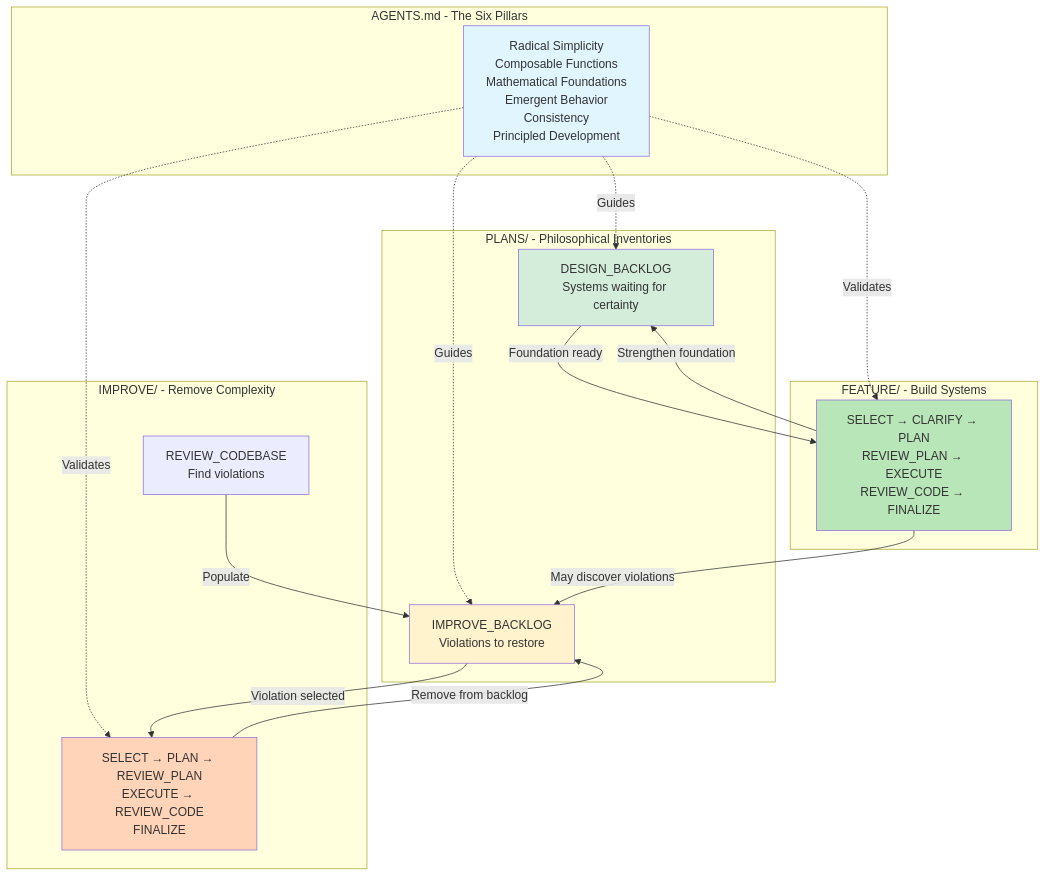
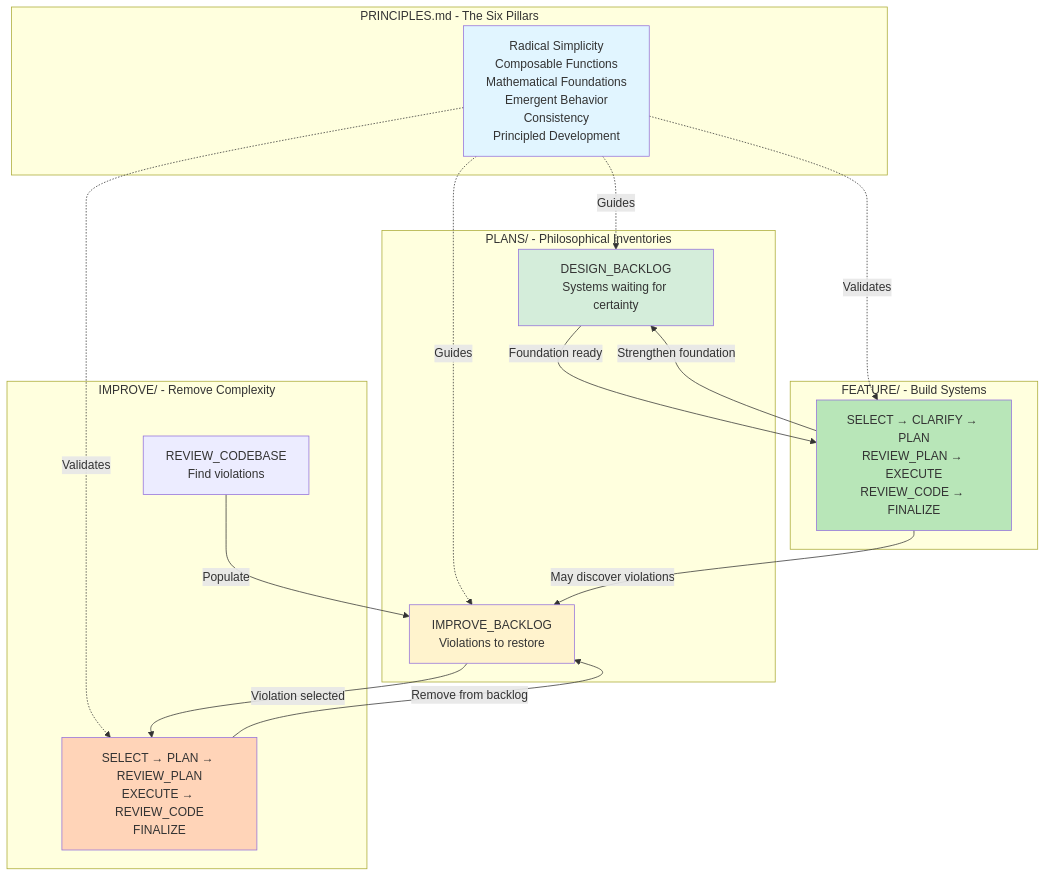
Before and after one commit to EvanLavender13/FrogLords: the diagram in TASKS/WORKFLOW.md, drawn with Mermaid. The commit also changed other lines of this file and 17 other files, not shown here.

First line of the commit message:
docs: rename agents to principles and update references

````diff
--- a/TASKS/WORKFLOW.md
+++ b/TASKS/WORKFLOW.md
@@ -71,39 +71,39 @@
 ```mermaid
 graph TB
-    subgraph Principles["AGENTS.md - The Six Pillars"]
+    subgraph Principles["PRINCIPLES.md - The Six Pillars"]
         P[Radical Simplicity<br/>Composable Functions<br/>Mathematical Foundations<br/>Emergent Behavior<br/>Consistency<br/>Principled Development]
     end
 
     subgraph Backlogs["PLANS/ - Philosophical Inventories"]
         DB[DESIGN_BACKLOG<br/>Systems waiting for certainty]
         IB[IMPROVE_BACKLOG<br/>Violations to restore]
     end
 
     subgraph Feature["FEATURE/ - Build Systems"]
         FS[SELECT → CLARIFY → PLAN<br/>REVIEW_PLAN → EXECUTE<br/>REVIEW_CODE → FINALIZE]
     end
 
     subgraph Improve["IMPROVE/ - Remove Complexity"]
         IS[SELECT → PLAN → REVIEW_PLAN<br/>EXECUTE → REVIEW_CODE<br/>FINALIZE]
         RC[REVIEW_CODEBASE<br/>Find violations]
     end
 
     P -.->|Guides| DB
     P -.->|Guides| IB
     P -.->|Validates| FS
     P -.->|Validates| IS
 
     DB -->|Foundation ready| FS
     FS -->|Strengthen foundation| DB
     FS -->|May discover violations| IB
 
     RC -->|Populate| IB
     IB -->|Violation selected| IS
     IS -->|Remove from backlog| IB
 
     style P fill:#e1f5ff
     style DB fill:#d4edda
     style IB fill:#fff3cd
     style FS fill:#b8e6b8
     style IS fill:#ffd4b8
 ```
````
